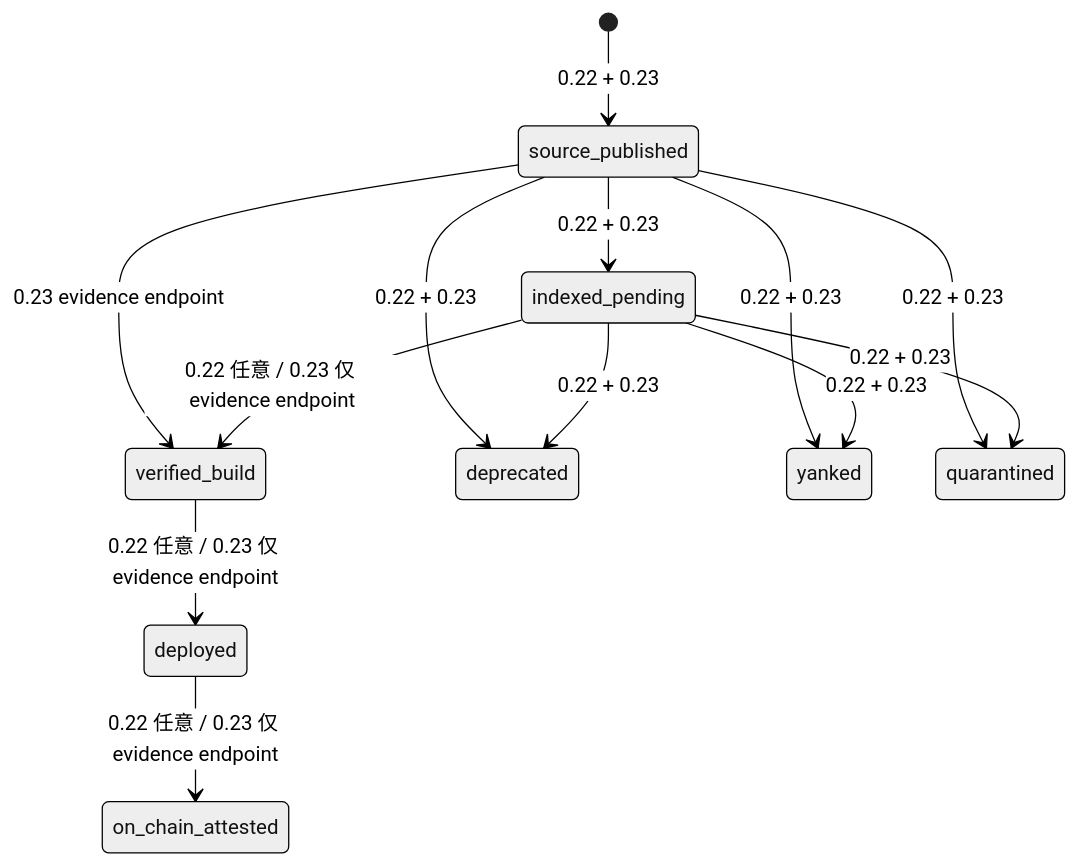
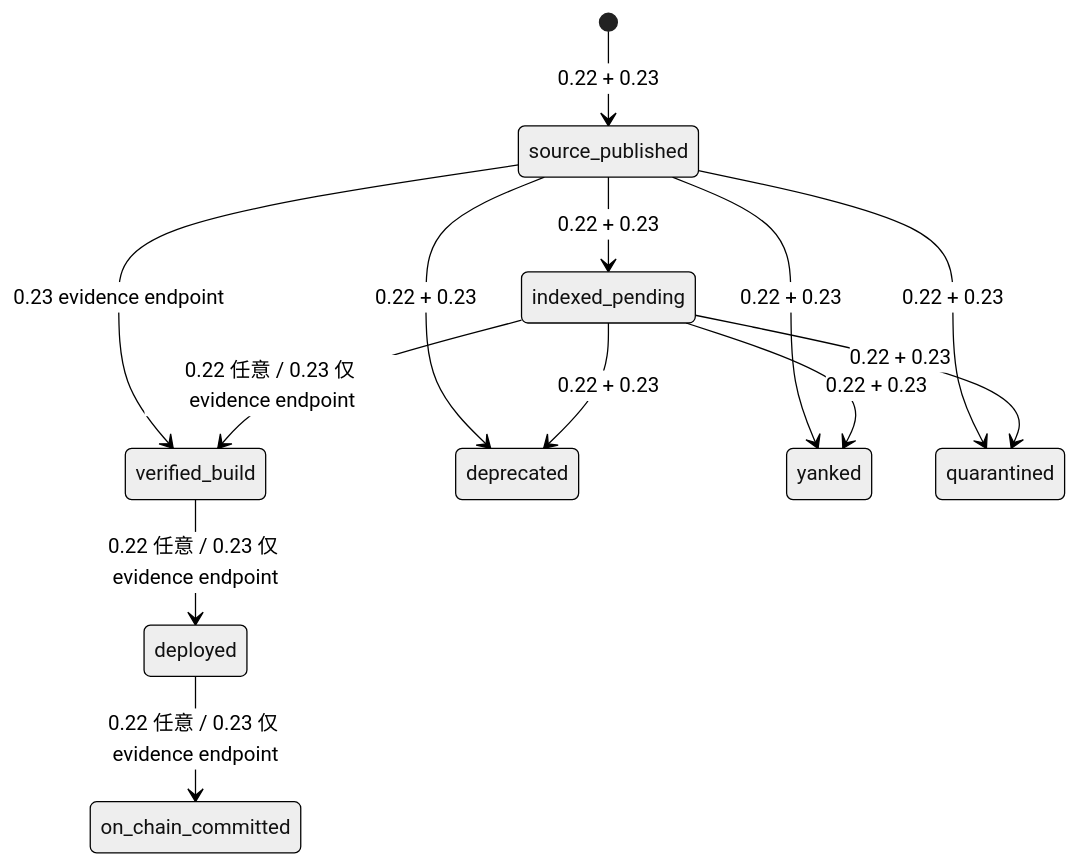
One commit to CellScript-Labs/CellScript changed the sixth of 10 diagrams in audits/0.23-deep-dive.md. Above: the diagram before and after it, drawn with Mermaid (neutral theme). The commit also changed other lines of this file and 27 other files, not shown here.

````diff
--- a/audits/0.23-deep-dive.md
+++ b/audits/0.23-deep-dive.md
@@ -497,15 +497,15 @@
 ```mermaid
 stateDiagram-v2
     [*] --> source_published: 0.22 + 0.23
     source_published --> indexed_pending: 0.22 + 0.23
     source_published --> verified_build: 0.23 evidence endpoint
     indexed_pending --> verified_build: 0.22 任意 / 0.23 仅 evidence endpoint
     verified_build --> deployed: 0.22 任意 / 0.23 仅 evidence endpoint
-    deployed --> on_chain_attested: 0.22 任意 / 0.23 仅 evidence endpoint
+    deployed --> on_chain_committed: 0.22 任意 / 0.23 仅 evidence endpoint
     source_published --> deprecated: 0.22 + 0.23
     indexed_pending --> deprecated: 0.22 + 0.23
     source_published --> yanked: 0.22 + 0.23
     indexed_pending --> yanked: 0.22 + 0.23
     source_published --> quarantined: 0.22 + 0.23
     indexed_pending --> quarantined: 0.22 + 0.23
 ```
````
